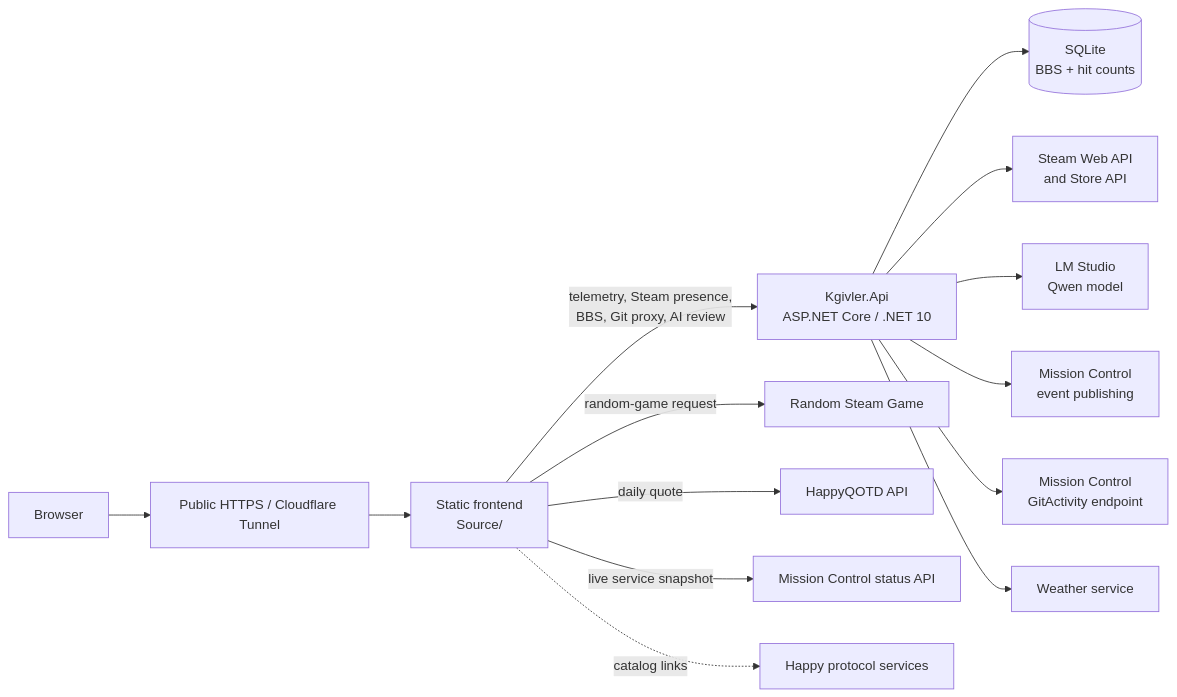
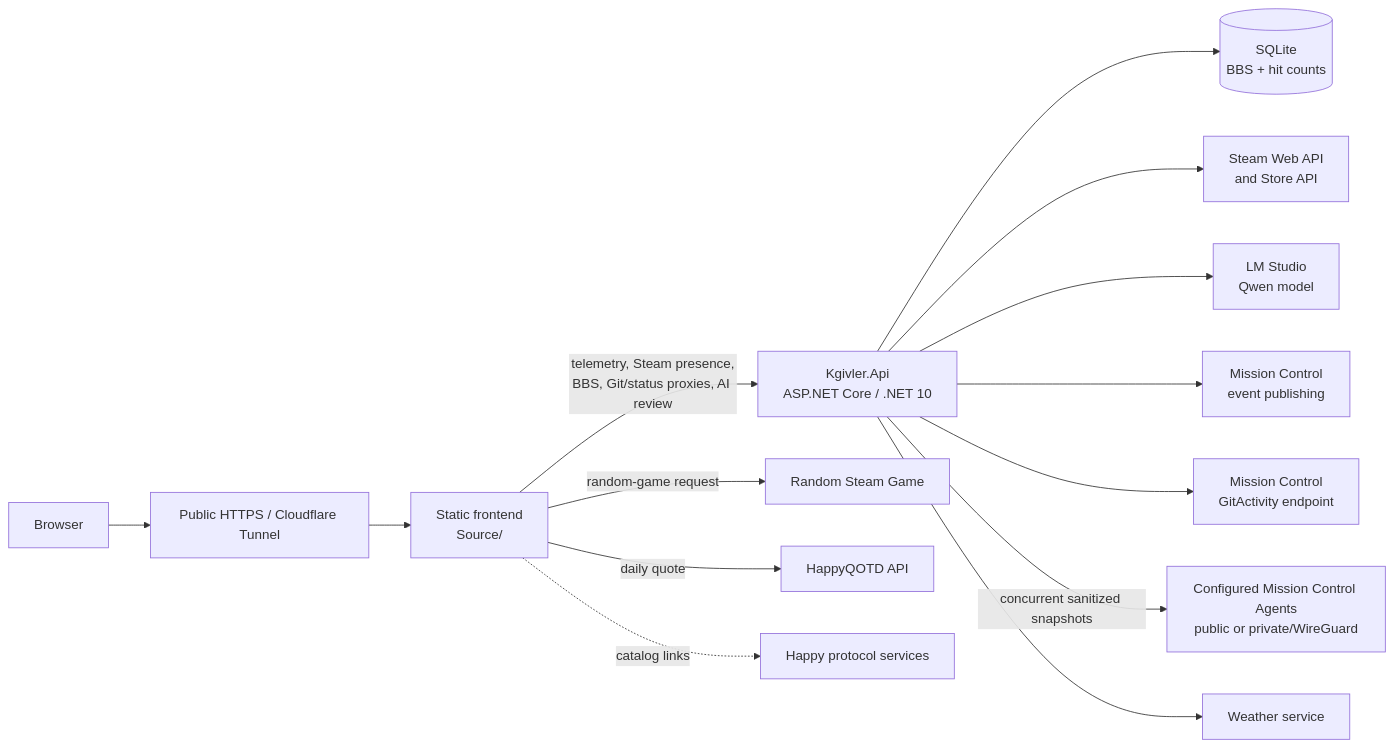
One commit to JoyfulReaper/kgivler_com changed the diagram in README.md. Above: the diagram before and after it, drawn with Mermaid. The commit also changed other lines of this file and 20 other files, not shown here.

First line of the commit message:
Expand kgivler.com infrastructure/status support beyond a single Mission Control Agent and add planning/guardrail documentation for the upcoming site cleanup and development-services site. (#27)

````diff
--- a/README.md
+++ b/README.md
@@ -62,18 +63,18 @@
 ```mermaid
 flowchart LR
     Browser[Browser] --> PublicEdge[Public HTTPS / Cloudflare Tunnel]
     PublicEdge --> Frontend[Static frontend<br/>Source/]
-    Frontend -->|telemetry, Steam presence,<br/>BBS, Git proxy, AI review| Api[Kgivler.Api<br/>ASP.NET Core / .NET 10]
+    Frontend -->|telemetry, Steam presence,<br/>BBS, Git/status proxies, AI review| Api[Kgivler.Api<br/>ASP.NET Core / .NET 10]
 
     Api --> SQLite[(SQLite<br/>BBS + hit counts)]
     Api --> Steam[Steam Web API<br/>and Store API]
     Api --> LMStudio[LM Studio<br/>Qwen model]
     Api --> MissionControl[Mission Control<br/>event publishing]
     Api --> GitActivity[Mission Control<br/>GitActivity endpoint]
+    Api -->|concurrent sanitized snapshots| Agents[Configured Mission Control Agents<br/>public or private/WireGuard]
     Api --> Weather[Weather service]
 
     Frontend -->|random-game request| RandomSteam[Random Steam Game]
     Frontend -->|daily quote| QOTD[HappyQOTD API]
-    Frontend -->|live service snapshot| StatusApi[Mission Control status API]
     Frontend -. catalog links .-> HappyServices[Happy protocol services]
 ```
````
